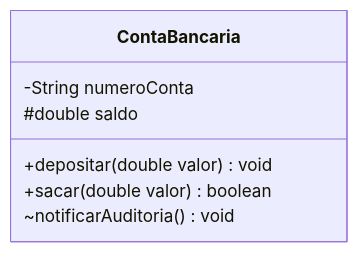
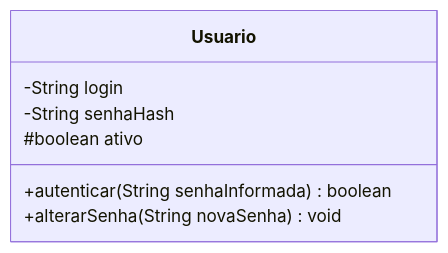
Before and after one commit to murilolol/unifef: diagram 12 of 25 in 4º Semestre/[Prof. Wesley Soares] Engenharia de Software II/Resumos-IA/Caderno-Consolidado.md, drawn with Mermaid. The commit also changed other lines of this file and 18 other files, not shown here.

````diff
--- a/4º Semestre/[Prof. Wesley Soares] Engenharia de Software II/Resumos-IA/Caderno-Consolidado.md
+++ b/4º Semestre/[Prof. Wesley Soares] Engenharia de Software II/Resumos-IA/Caderno-Consolidado.md
@@ -747,10 +657,10 @@
 ```mermaid
 classDiagram
-    class ContaBancaria {
-        -String numeroConta
-        #double saldo
-        +depositar(double valor) void
-        +sacar(double valor) boolean
-        ~notificarAuditoria() void
+    class Usuario {
+        -String login
+        -String senhaHash
+        #boolean ativo
+        +autenticar(String senhaInformada) boolean
+        +alterarSenha(String novaSenha) void
     }
 ```
````
